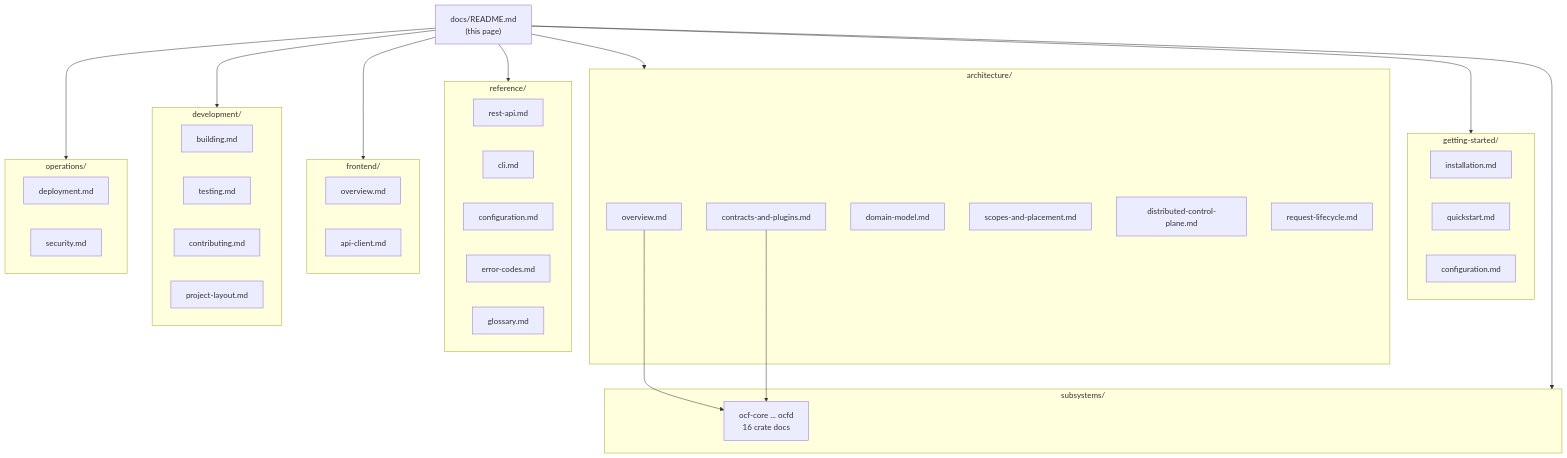
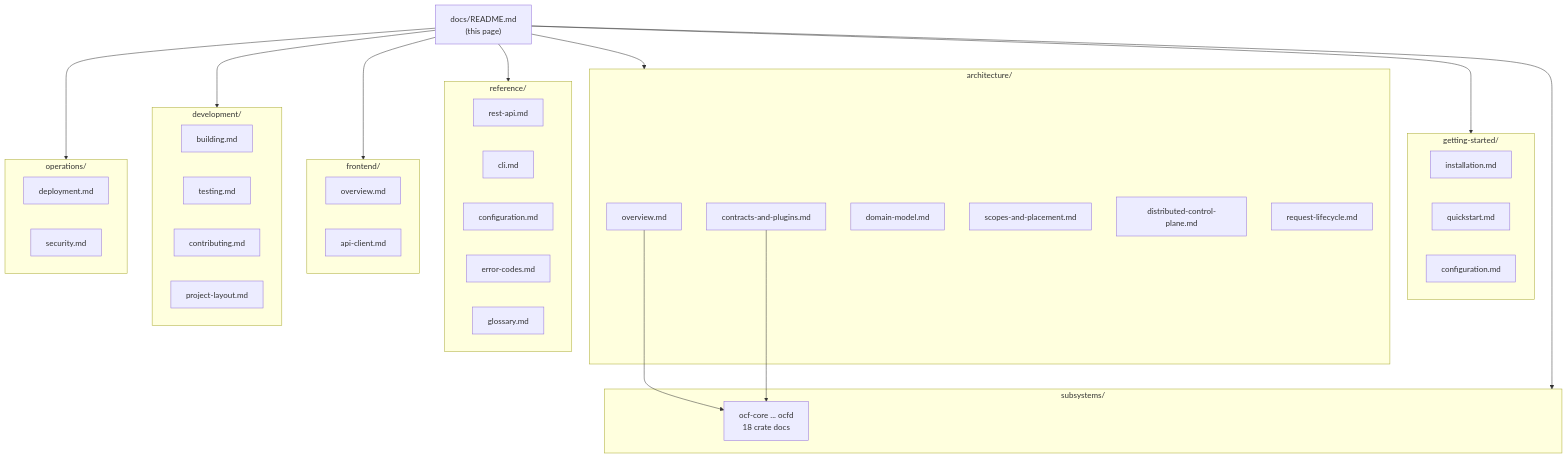
One commit to elyerinfox/open-compute-fabric-rs changed the first of 2 diagrams in docs/README.md. Above: the diagram before and after it, drawn with Mermaid. The commit also changed other lines of this file and 47 other files, not shown here.

````diff
--- a/docs/README.md
+++ b/docs/README.md
@@ -16,59 +16,59 @@
 ```mermaid
 flowchart TD
     Hub["docs/README.md<br/>(this page)"]
 
     subgraph GS["getting-started/"]
         GS1[installation.md]
         GS2[quickstart.md]
         GS3[configuration.md]
     end
 
     subgraph ARCH["architecture/"]
         A1[overview.md]
         A2[contracts-and-plugins.md]
         A3[domain-model.md]
         A4[scopes-and-placement.md]
         A5[distributed-control-plane.md]
         A6[request-lifecycle.md]
     end
 
     subgraph SUB["subsystems/"]
-        S1[ocf-core ... ocfd<br/>16 crate docs]
+        S1[ocf-core ... ocfd<br/>18 crate docs]
     end
 
     subgraph REF["reference/"]
         R1[rest-api.md]
         R2[cli.md]
         R3[configuration.md]
         R4[error-codes.md]
         R5[glossary.md]
     end
 
     subgraph FE["frontend/"]
         F1[overview.md]
         F2[api-client.md]
     end
 
     subgraph DEV["development/"]
         D1[building.md]
         D2[testing.md]
         D3[contributing.md]
         D4[project-layout.md]
     end
 
     subgraph OPS["operations/"]
         O1[deployment.md]
         O2[security.md]
     end
 
     Hub --> GS
     Hub --> ARCH
     Hub --> SUB
     Hub --> REF
     Hub --> FE
     Hub --> DEV
     Hub --> OPS
 
     A1 --> S1
     A2 --> S1
 ```
````
